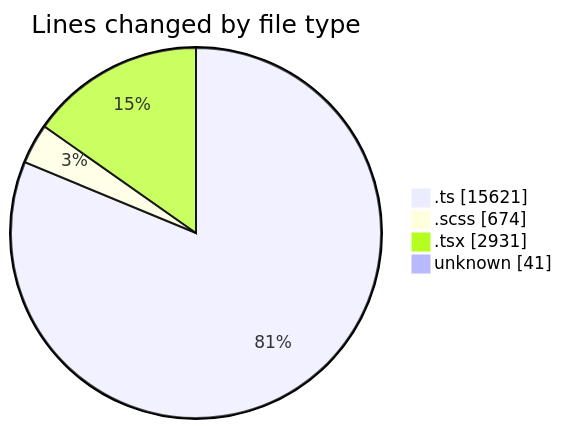
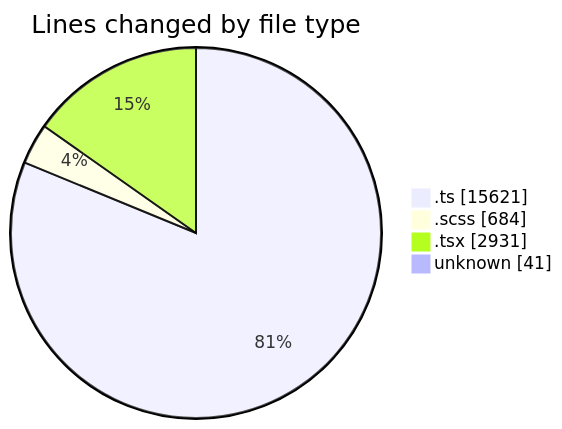
Before and after one commit to momahboobian/code-tracking: the first of 2 diagrams in 2025-08-27/cda/README.md, drawn with Mermaid. The commit also changed other lines of this file and 1 other file, not shown here.

````diff
--- a/2025-08-27/cda/README.md
+++ b/2025-08-27/cda/README.md
@@ -38,8 +38,8 @@
 ```mermaid
 pie showData
 title Lines changed by file type
 ".ts" : 15621
-".scss" : 674
+".scss" : 684
 ".tsx" : 2931
 "unknown" : 41
 ```
````
